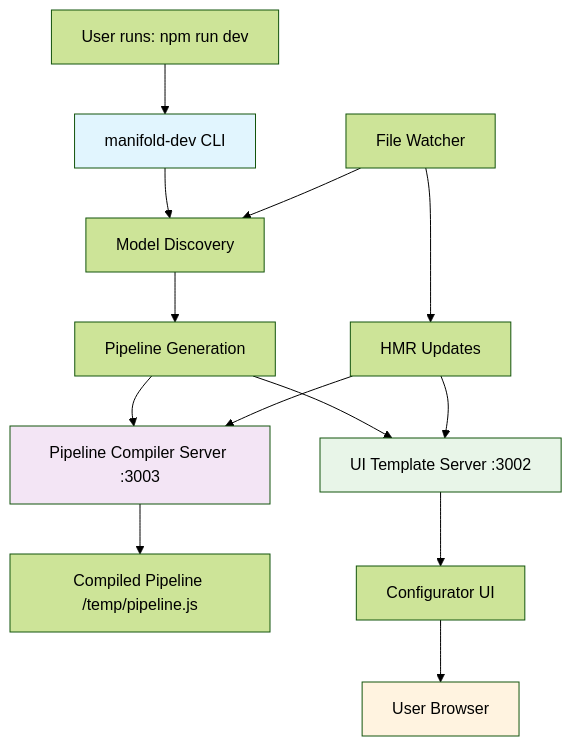
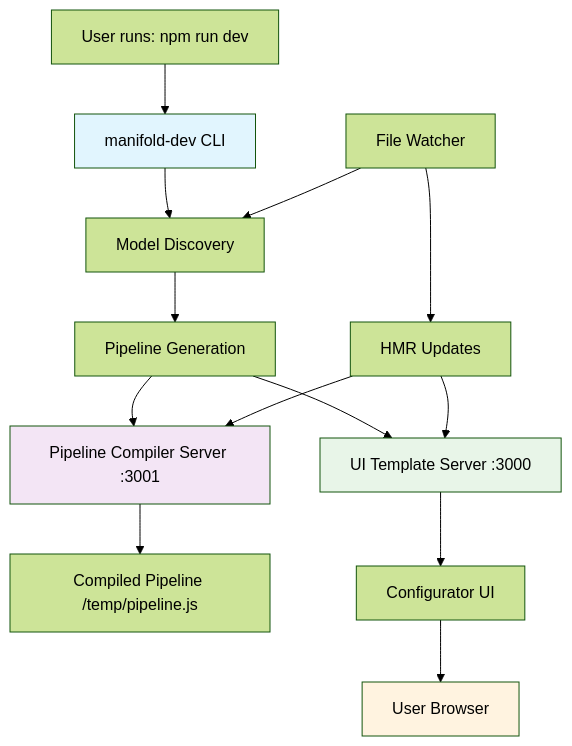
The diagram in packages/configurator/README.md (tonyhschu/manifold-cad-live-preview), drawn with Mermaid (forest theme) before and after one commit. The commit also changed 6 other files, not shown here.

````diff
--- a/packages/configurator/README.md
+++ b/packages/configurator/README.md
@@ -16,21 +16,21 @@
 ```mermaid
 graph TD
     A[User runs: npm run dev] --> B[manifold-dev CLI]
     B --> C[Model Discovery]
     C --> D[Pipeline Generation]
-    D --> E[Pipeline Compiler Server :3003]
-    D --> F[UI Template Server :3002]
+    D --> E[Pipeline Compiler Server :3001]
+    D --> F[UI Template Server :3000]
     E --> G[Compiled Pipeline /temp/pipeline.js]
     F --> H[Configurator UI]
     H --> I[User Browser]
 
     J[File Watcher] --> C
     J --> K[HMR Updates]
     K --> E
     K --> F
 
     style B fill:#e1f5fe
     style E fill:#f3e5f5
     style F fill:#e8f5e8
     style I fill:#fff3e0
 ```
````
